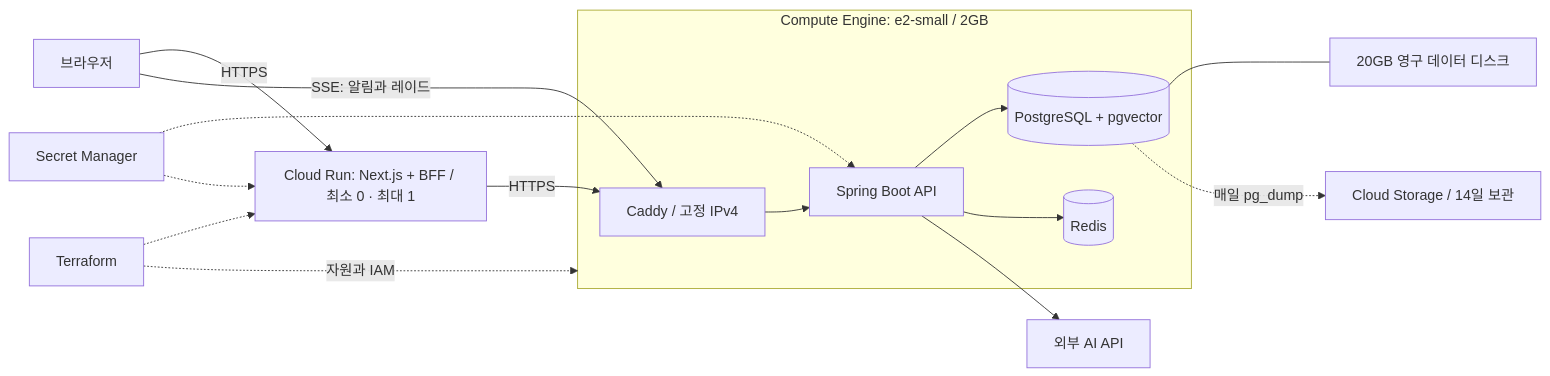
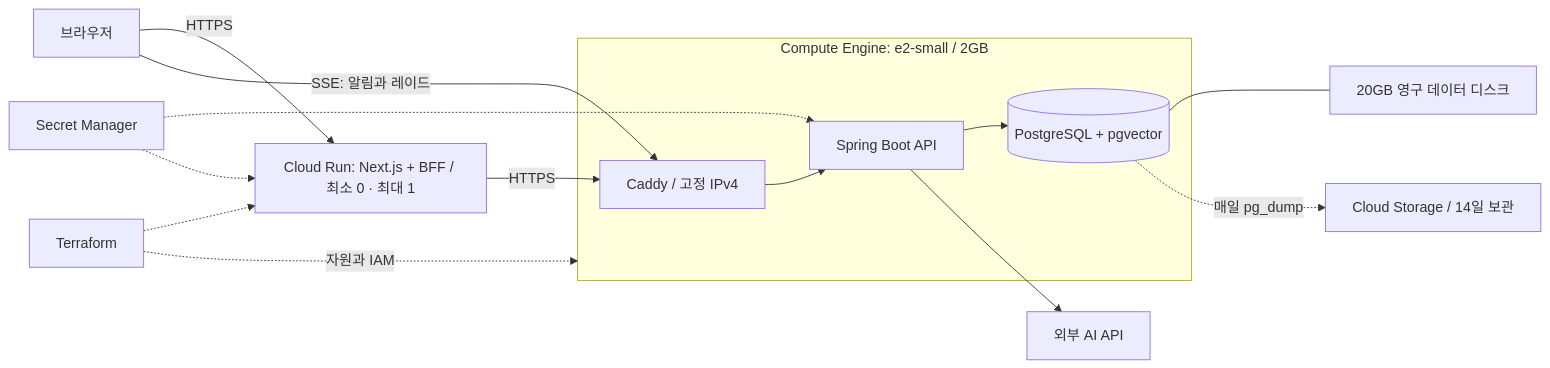
Before and after one commit to hyunolike/5959: the diagram in infra/gcp/README.md, drawn with Mermaid. The commit also changed other lines of this file and 192 other files, not shown here.

````diff
--- a/infra/gcp/README.md
+++ b/infra/gcp/README.md
@@ -6,18 +8,17 @@
 ```mermaid
 flowchart LR
   U[브라우저] -->|HTTPS| W[Cloud Run: Next.js + BFF / 최소 0 · 최대 1]
   W -->|HTTPS| C[Caddy / 고정 IPv4]
   U -->|SSE: 알림과 레이드| C
   subgraph VM[Compute Engine: e2-small / 2GB]
     C --> A[Spring Boot API]
     A --> P[(PostgreSQL + pgvector)]
-    A --> R[(Redis)]
   end
   P --- D[20GB 영구 데이터 디스크]
   P -. 매일 pg_dump .-> B[Cloud Storage / 14일 보관]
   A --> AI[외부 AI API]
   S[Secret Manager] -.-> A
   S -.-> W
   T[Terraform] -. 자원과 IAM .-> VM
   T -.-> W
 ```
````
